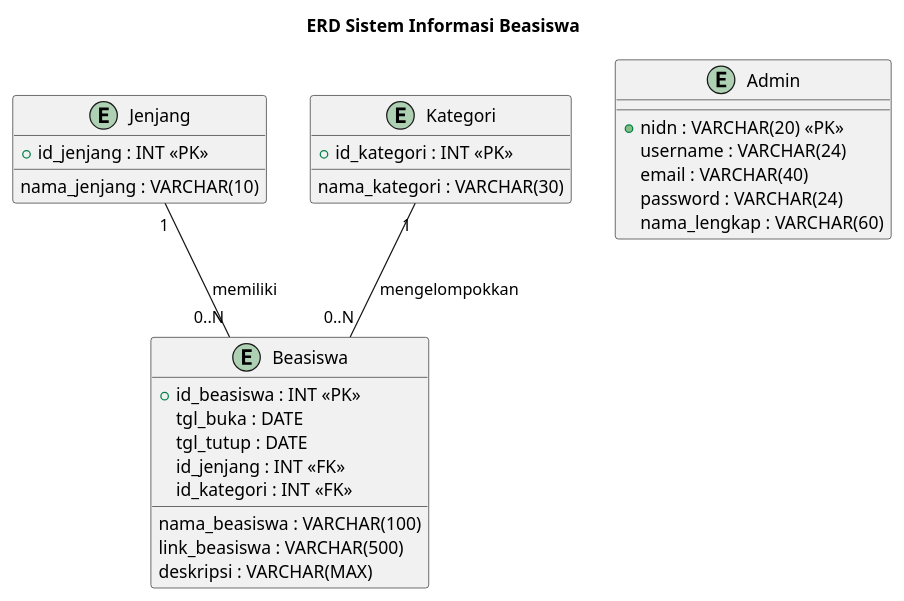
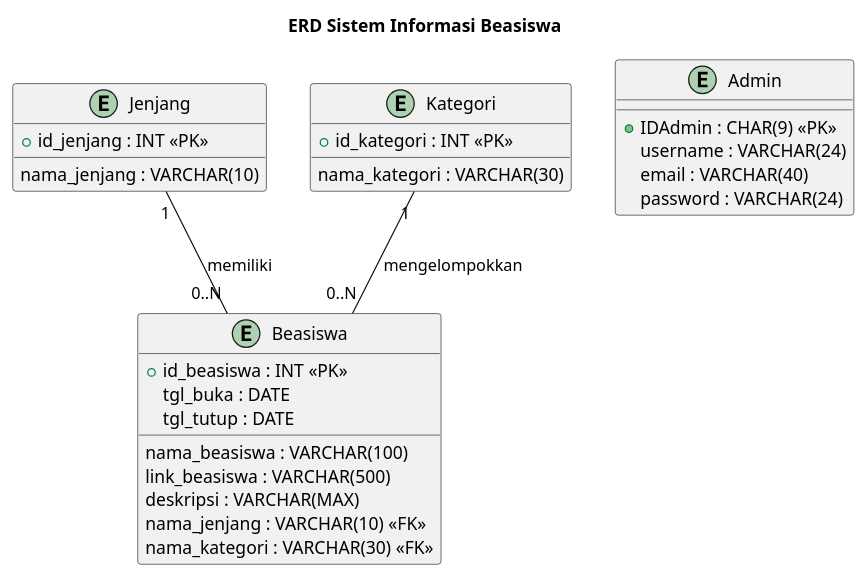
One commit to RizqiMaulana14/Project changed the diagram in erd.puml. Above: the diagram before and after it, drawn with PlantUML.

Commit message:
Revisi ERD

```diff
--- a/erd.puml
+++ b/erd.puml
@@ -1,36 +1,35 @@
 @startuml
 title ERD Sistem Informasi Beasiswa
 
 entity Jenjang {
   +id_jenjang : INT <<PK>>
   nama_jenjang : VARCHAR(10)
 }
 
 entity Kategori {
   +id_kategori : INT <<PK>>
   nama_kategori : VARCHAR(30)
 }
 
 entity Admin {
-  +nidn : VARCHAR(20) <<PK>>
+  +IDAdmin : CHAR(9) <<PK>>
   username : VARCHAR(24)
   email : VARCHAR(40)
   password : VARCHAR(24)
-  nama_lengkap : VARCHAR(60)
 }
 
 entity Beasiswa {
   +id_beasiswa : INT <<PK>>
   nama_beasiswa : VARCHAR(100)
   tgl_buka : DATE
   tgl_tutup : DATE
   link_beasiswa : VARCHAR(500)
   deskripsi : VARCHAR(MAX)
-  id_jenjang : INT <<FK>>
-  id_kategori : INT <<FK>>
+  nama_jenjang : VARCHAR(10) <<FK>>
+  nama_kategori : VARCHAR(30) <<FK>>
 }
 
 Jenjang "1" -- "0..N" Beasiswa : memiliki
 Kategori "1" -- "0..N" Beasiswa : mengelompokkan
 
 @enduml
```
